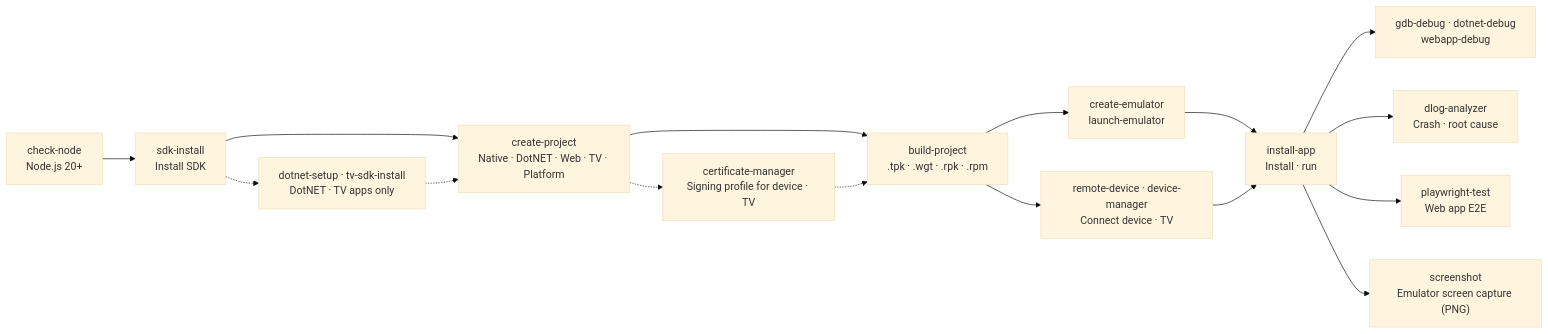
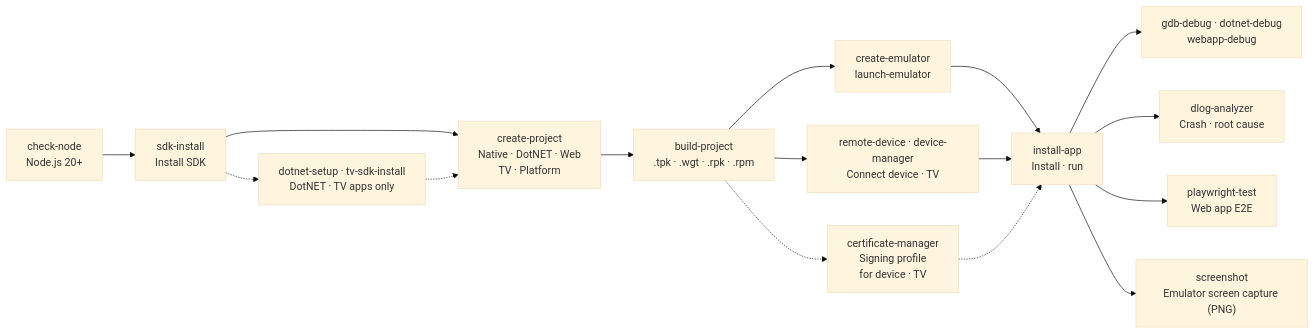
One commit to Samsung/tizen-agent-skills changed the second of 2 diagrams in tizen-sdk-skills/quick-guide.md. Above: the diagram before and after it, drawn with Mermaid (base theme). The commit also changed other lines of this file and 1 other file, not shown here.

First line of the commit message:
docs(tizen-sdk-skills): fix quick guide diagram labels and signing step

````diff
--- a/tizen-sdk-skills/quick-guide.md
+++ b/tizen-sdk-skills/quick-guide.md
@@ -66,18 +66,18 @@
 ```mermaid
 flowchart LR
     A["check-node<br/>Node.js 20+"] --> B["sdk-install<br/>Install SDK"]
-    B --> D["create-project<br/>Native · DotNET · Web · TV · Platform"]
+    B --> D["create-project<br/>Native · DotNET · Web<br/>TV · Platform"]
     B -.-> P["dotnet-setup · tv-sdk-install<br/>DotNET · TV apps only"]
     P -.-> D
     D --> E["build-project<br/>.tpk · .wgt · .rpk · .rpm"]
-    D -.-> K["certificate-manager<br/>Signing profile for device · TV"]
-    K -.-> E
     E --> F["create-emulator<br/>launch-emulator"]
     E --> R["remote-device · device-manager<br/>Connect device · TV"]
+    E -.-> K["certificate-manager<br/>Signing profile<br/>for device · TV"]
     F --> G["install-app<br/>Install · run"]
     R --> G
+    K -.-> G
     G --> H["gdb-debug · dotnet-debug<br/>webapp-debug"]
     G --> I["dlog-analyzer<br/>Crash · root cause"]
     G --> J["playwright-test<br/>Web app E2E"]
     G --> S["screenshot<br/>Emulator screen capture (PNG)"]
 ```
````
